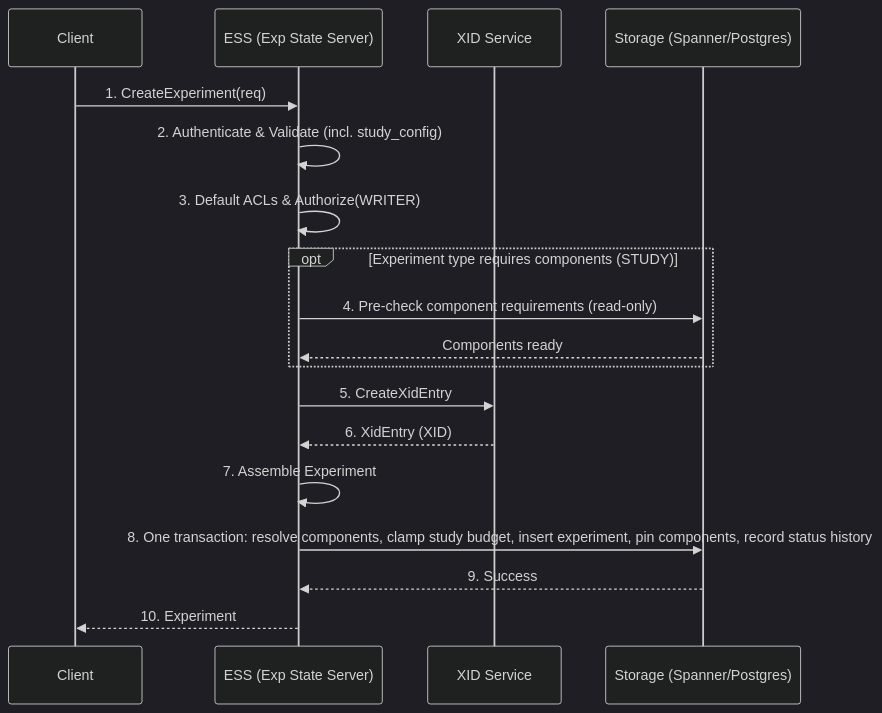
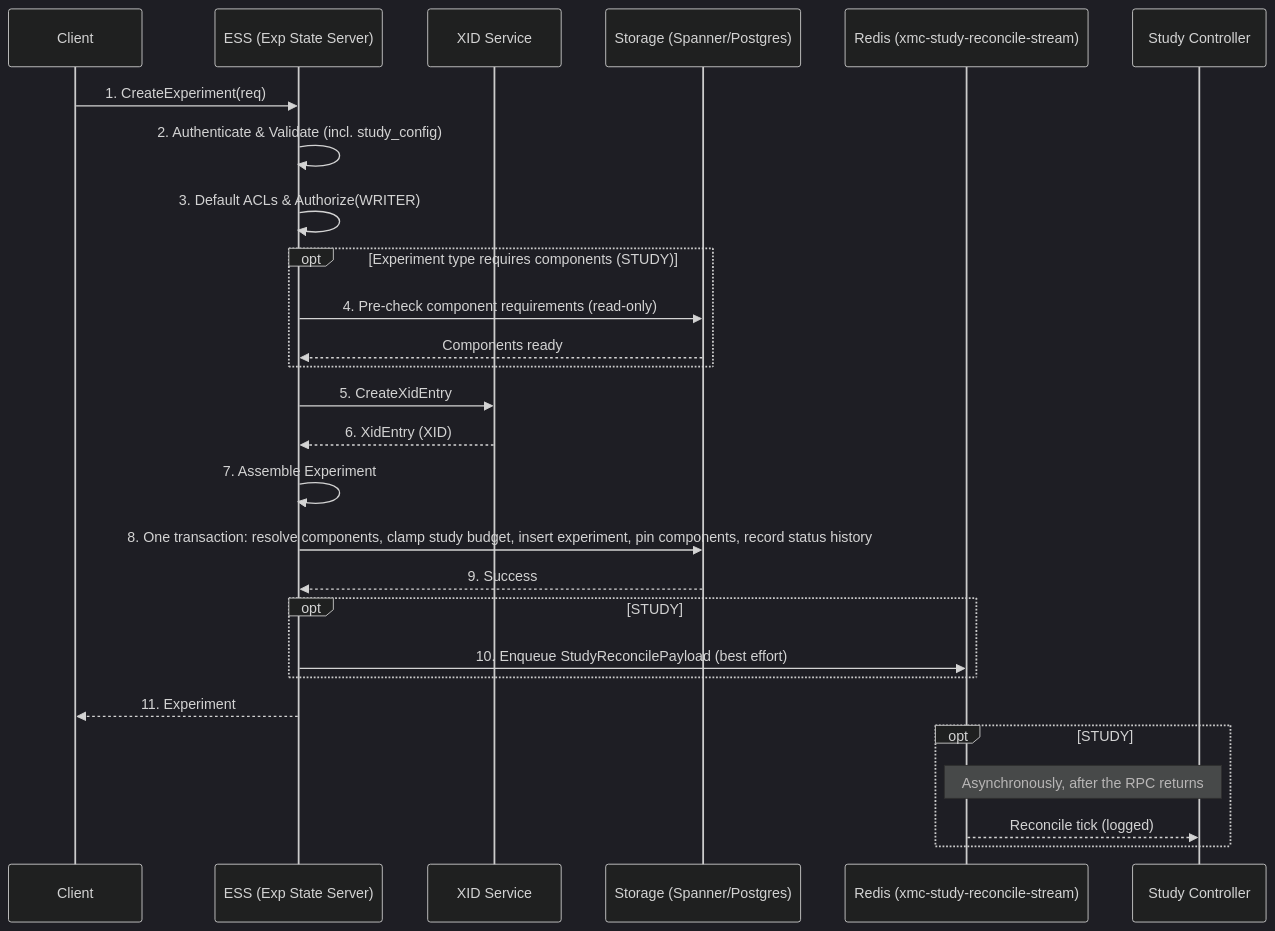
Before and after one commit to google/xmc: the first of 4 diagrams in docs/flows/experiment_lifecycle.md, drawn with Mermaid (dark theme). The commit also changed other lines of this file and 14 other files, not shown here.

First line of the commit message:
feat(ess): enqueue the initial study reconcile tick

````diff
--- a/docs/flows/experiment_lifecycle.md
+++ b/docs/flows/experiment_lifecycle.md
@@ -14,21 +14,30 @@
 ```mermaid
 sequenceDiagram
     participant Client
     participant ESS as ESS (Exp State Server)
     participant XID as XID Service
     participant Storage as Storage (Spanner/Postgres)
+    participant Redis as Redis (xmc-study-reconcile-stream)
+    participant SC as Study Controller
 
     Client->>ESS: 1. CreateExperiment(req)
     ESS->>ESS: 2. Authenticate & Validate (incl. study_config)
     ESS->>ESS: 3. Default ACLs & Authorize(WRITER)
     opt Experiment type requires components (STUDY)
         ESS->>Storage: 4. Pre-check component requirements (read-only)
         Storage-->>ESS: Components ready
     end
     ESS->>XID: 5. CreateXidEntry
     XID-->>ESS: 6. XidEntry (XID)
     ESS->>ESS: 7. Assemble Experiment
     ESS->>Storage: 8. One transaction: resolve components, clamp study budget, insert experiment, pin components, record status history
     Storage-->>ESS: 9. Success
-    ESS-->>Client: 10. Experiment
+    opt STUDY
+        ESS->>Redis: 10. Enqueue StudyReconcilePayload (best effort)
+    end
+    ESS-->>Client: 11. Experiment
+    opt STUDY
+        Note over Redis,SC: Asynchronously, after the RPC returns
+        Redis-->>SC: Reconcile tick (logged)
+    end
 ```
````
